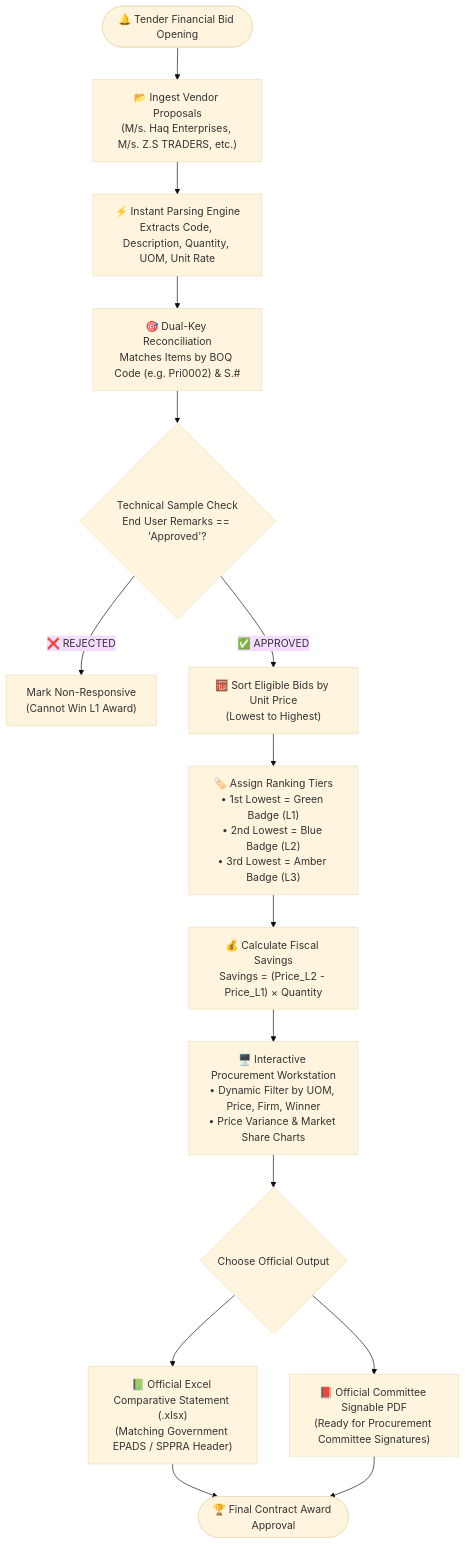
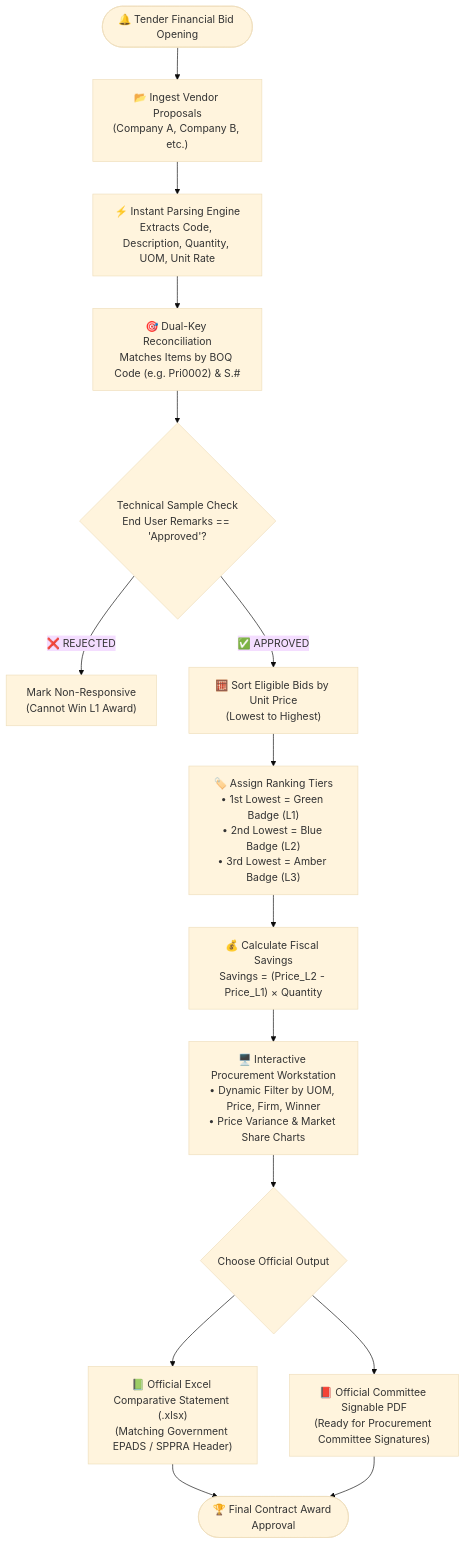
One commit to Muhammad9985/procure-flow changed the second of 3 diagrams in README.md. Above: the diagram before and after it, drawn with Mermaid (base theme). The commit also changed other lines of this file, not shown here.

````diff
--- a/README.md
+++ b/README.md
@@ -56,25 +56,25 @@
 ```mermaid
 flowchart TD
-    Start(["🔔 Tender Financial Bid Opening"]) --> Ingest["📂 Ingest Vendor Proposals<br/>(M/s. Haq Enterprises, M/s. Z.S TRADERS, etc.)"]
+    Start(["🔔 Tender Financial Bid Opening"]) --> Ingest["📂 Ingest Vendor Proposals<br/>(Company A, Company B, etc.)"]
 
     Ingest --> Parse["⚡ Instant Parsing Engine<br/>Extracts Code, Description, Quantity, UOM, Unit Rate"]
     
     Parse --> Reconcile["🎯 Dual-Key Reconciliation<br/>Matches Items by BOQ Code (e.g. Pri0002) & S.#"]
 
     Reconcile --> TechnicalGate{"Technical Sample Check<br/>End User Remarks == 'Approved'?"}
 
     TechnicalGate -- "❌ REJECTED" --> Exclude["Mark Non-Responsive<br/>(Cannot Win L1 Award)"]
     TechnicalGate -- "✅ APPROVED" --> FinancialSort["🧮 Sort Eligible Bids by Unit Price<br/>(Lowest to Highest)"]
 
     FinancialSort --> AssignRank["🏷️ Assign Ranking Tiers<br/>• 1st Lowest = Green Badge (L1)<br/>• 2nd Lowest = Blue Badge (L2)<br/>• 3rd Lowest = Amber Badge (L3)"]
 
     AssignRank --> CalculateSavings["💰 Calculate Fiscal Savings<br/>Savings = (Price_L2 - Price_L1) × Quantity"]
 
     CalculateSavings --> Dashboard["🖥️ Interactive Procurement Workstation<br/>• Dynamic Filter by UOM, Price, Firm, Winner<br/>• Price Variance & Market Share Charts"]
 
     Dashboard --> ExportGate{"Choose Official Output"}
     ExportGate --> Excel["📗 Official Excel Comparative Statement (.xlsx)<br/>(Matching Government EPADS / SPPRA Header)"]
     ExportGate --> PDF["📕 Official Committee Signable PDF<br/>(Ready for Procurement Committee Signatures)"]
 
     Excel & PDF --> End(["🏆 Final Contract Award Approval"])
 ```
````
